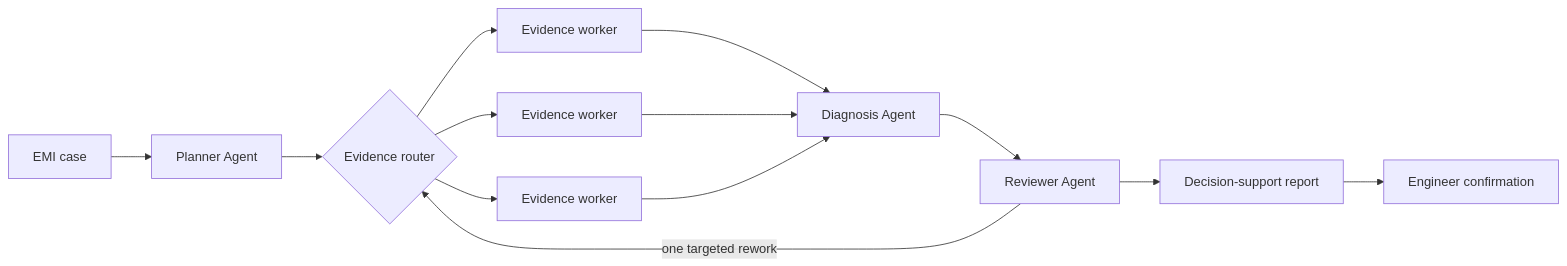
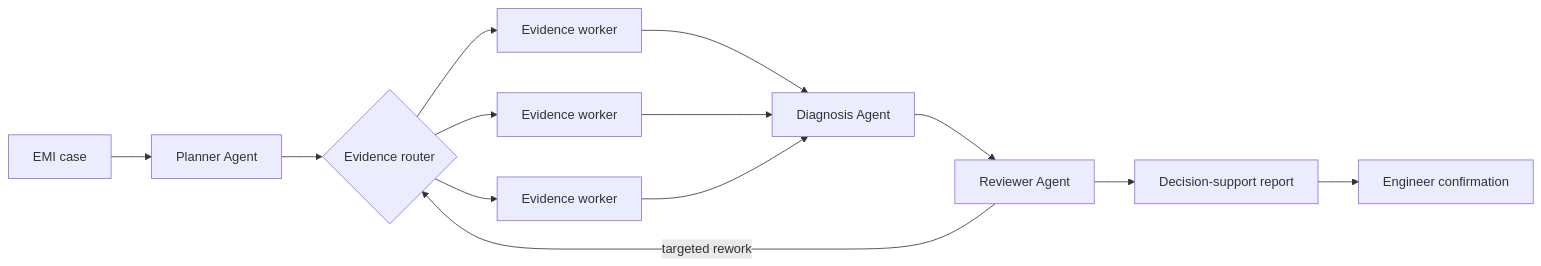
One commit to aristotlephil8-cell/emi-agent-showcase changed the diagram in README.md. Above: the diagram before and after it, drawn with Mermaid. The commit also changed other lines of this file and 2 other files, not shown here.

````diff
--- a/README.md
+++ b/README.md
@@ -39,15 +61,15 @@
 ```mermaid
 flowchart LR
     I[EMI case] --> P[Planner Agent]
     P --> R{Evidence router}
     R --> E1[Evidence worker]
     R --> E2[Evidence worker]
     R --> E3[Evidence worker]
     E1 --> D[Diagnosis Agent]
     E2 --> D
     E3 --> D
     D --> V[Reviewer Agent]
-    V -->|one targeted rework| R
+    V -->|targeted rework| R
     V --> F[Decision-support report]
     F --> H[Engineer confirmation]
 ```
````
